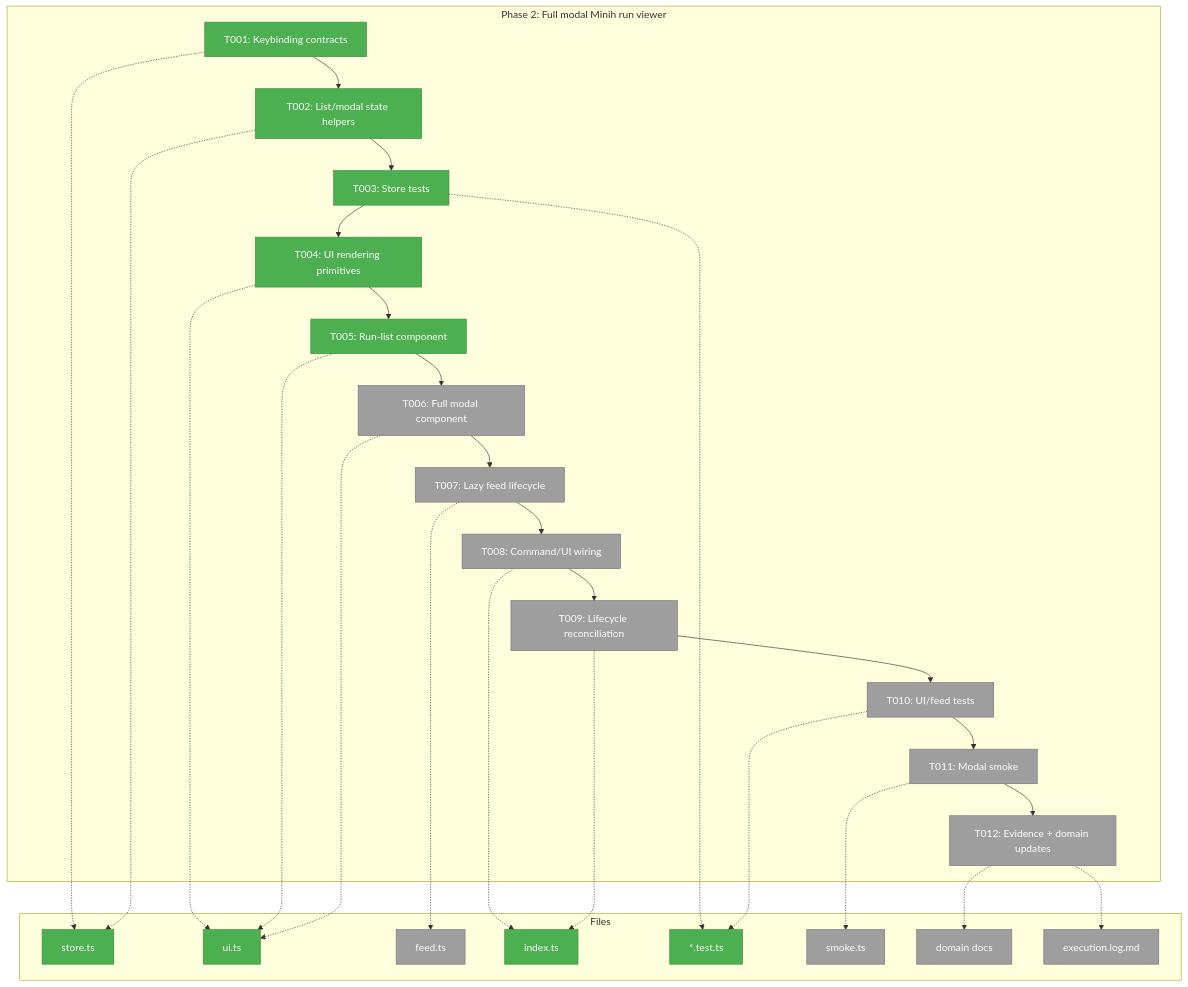
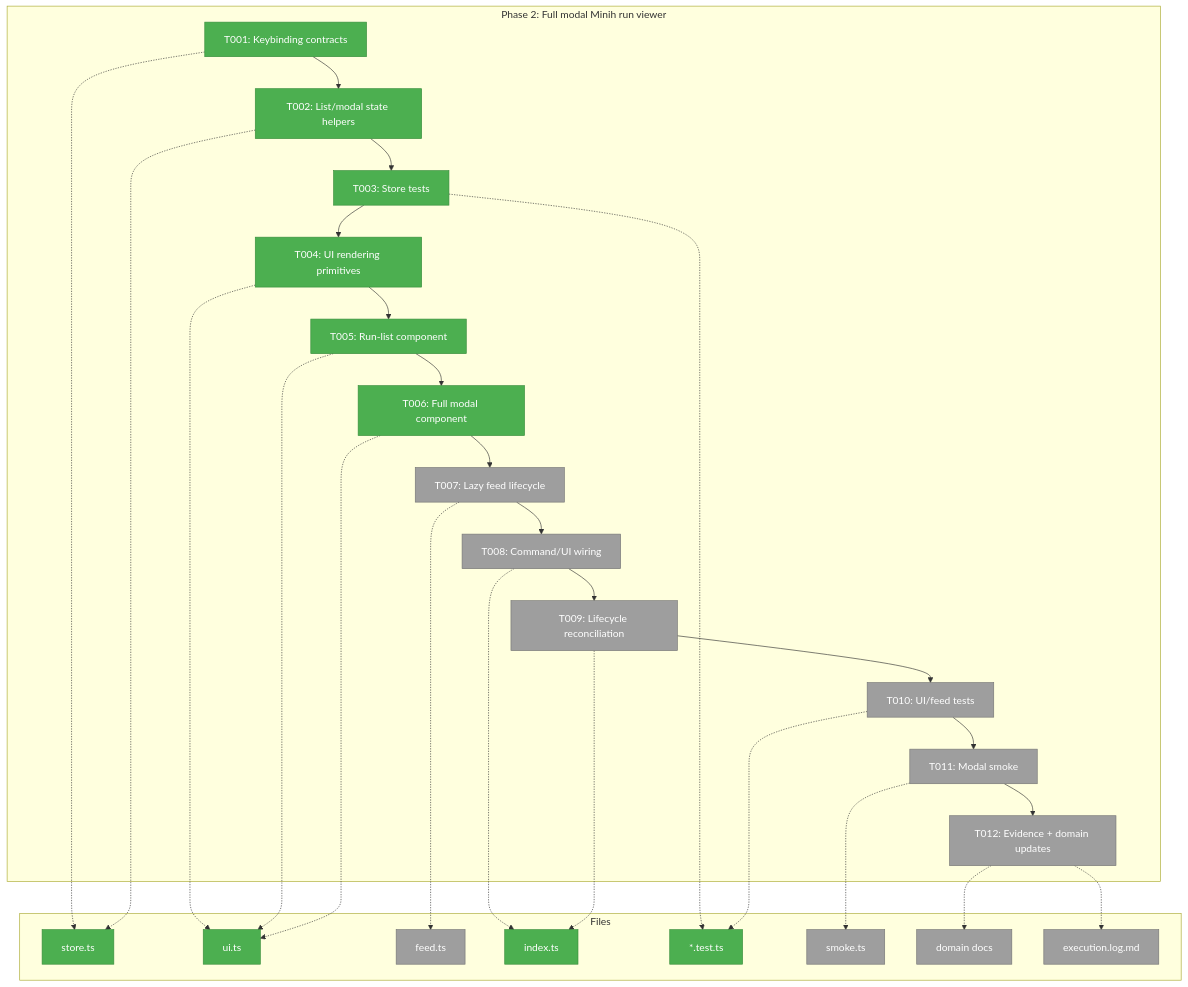
The first of 3 diagrams in docs/plans/007-options-for-pi-extensions-that-do-subagents/tasks/phase-2-full-modal-minih-run-viewer/tasks.md (vaughanknight/pij), drawn with Mermaid before and after one commit. The commit also changed other lines of this file and 4 other files, not shown here.

````diff
--- a/docs/plans/007-options-for-pi-extensions-that-do-subagents/tasks/phase-2-full-modal-minih-run-viewer/tasks.md
+++ b/docs/plans/007-options-for-pi-extensions-that-do-subagents/tasks/phase-2-full-modal-minih-run-viewer/tasks.md
@@ -135,47 +135,47 @@
 ```mermaid
 flowchart TD
     classDef pending fill:#9E9E9E,stroke:#757575,color:#fff
     classDef inprogress fill:#FFC107,stroke:#FFA000,color:#000
     classDef completed fill:#4CAF50,stroke:#388E3C,color:#fff
 
     subgraph Phase["Phase 2: Full modal Minih run viewer"]
         T001["T001: Keybinding contracts"]:::completed
         T002["T002: List/modal state helpers"]:::completed
         T003["T003: Store tests"]:::completed
         T004["T004: UI rendering primitives"]:::completed
         T005["T005: Run-list component"]:::completed
-        T006["T006: Full modal component"]:::pending
+        T006["T006: Full modal component"]:::completed
         T007["T007: Lazy feed lifecycle"]:::pending
         T008["T008: Command/UI wiring"]:::pending
         T009["T009: Lifecycle reconciliation"]:::pending
         T010["T010: UI/feed tests"]:::pending
         T011["T011: Modal smoke"]:::pending
         T012["T012: Evidence + domain updates"]:::pending
         T001 --> T002 --> T003 --> T004 --> T005 --> T006 --> T007 --> T008 --> T009 --> T010 --> T011 --> T012
     end
 
     subgraph Files["Files"]
         F1["store.ts"]:::completed
         F2["ui.ts"]:::completed
         F3["feed.ts"]:::pending
         F4["index.ts"]:::completed
         F5["*.test.ts"]:::completed
         F6["smoke.ts"]:::pending
         F7["domain docs"]:::pending
         F8["execution.log.md"]:::pending
     end
 
     T001 -.-> F1
     T002 -.-> F1
     T003 -.-> F5
     T004 -.-> F2
     T005 -.-> F2
     T006 -.-> F2
     T007 -.-> F3
     T008 -.-> F4
     T009 -.-> F4
     T010 -.-> F5
     T011 -.-> F6
     T012 -.-> F7
     T012 -.-> F8
 ```
````
